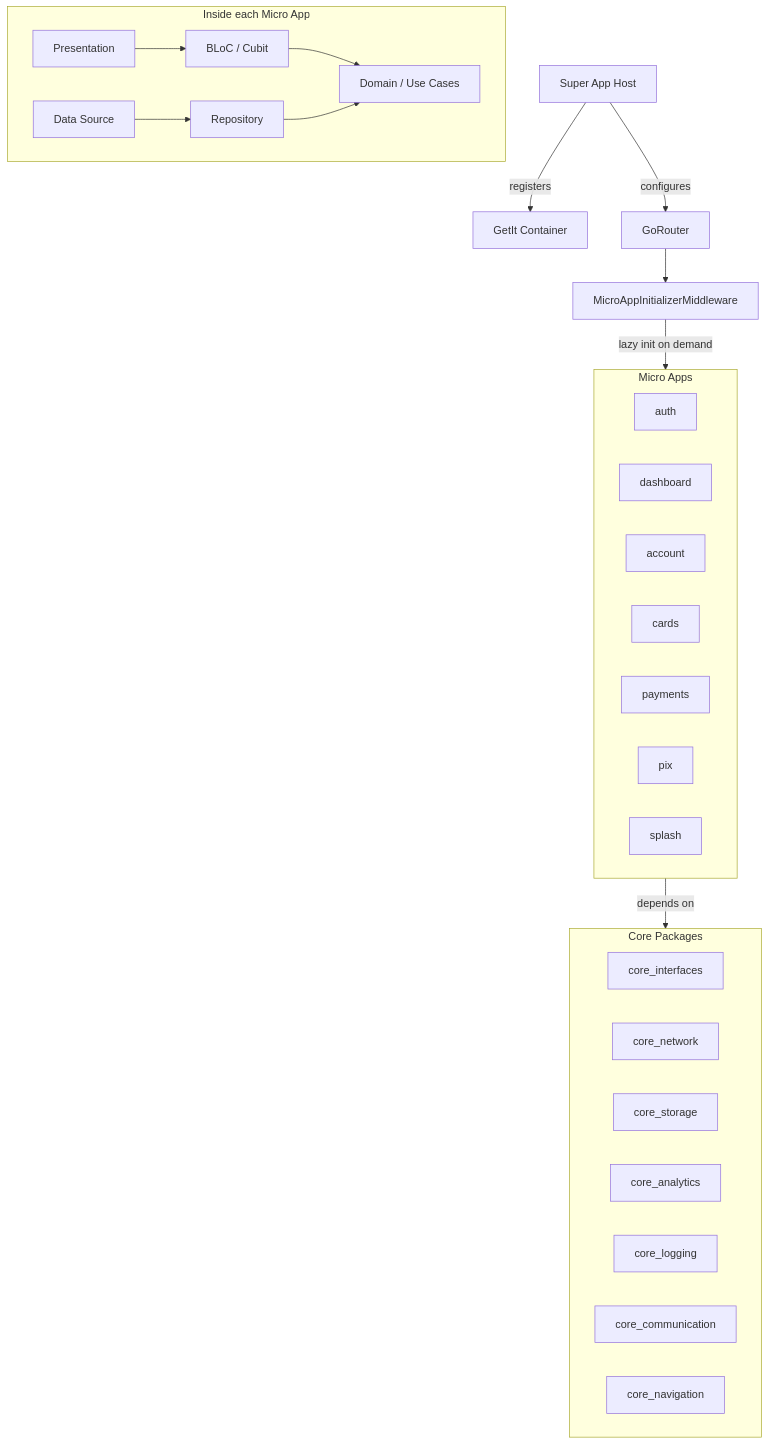
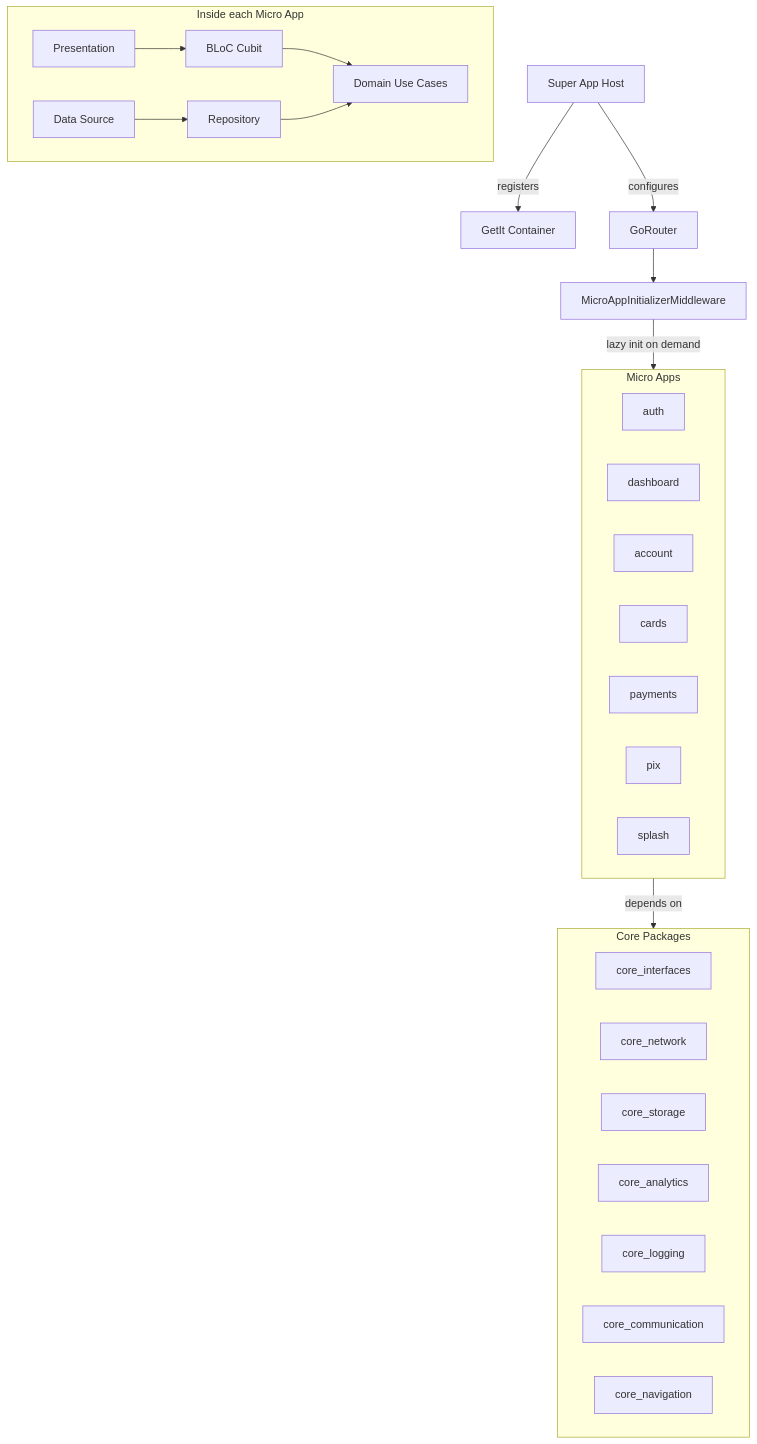
One commit to cristianoaredes/super-app-flutter-sample changed the diagram in README.md. Above: the diagram before and after it, drawn with Mermaid. The commit also changed 2 other files, not shown here.

Commit message:
Fix Mermaid parse errors on GitHub-rendered diagrams.
GitHub treats unquoted slashes in sequence notes as syntax, so
email/senha and similar labels aborted the login sequence diagram.

````diff
--- a/README.md
+++ b/README.md
@@ -76,36 +76,36 @@
 ```mermaid
 graph TD
     SuperApp[Super App Host] --> |registers| DI[GetIt Container]
     SuperApp --> |configures| Router[GoRouter]
 
     Router --> Middleware[MicroAppInitializerMiddleware]
     Middleware --> |lazy init on demand| MicroApps
 
     subgraph MicroApps[Micro Apps]
         Auth[auth]
         Dashboard[dashboard]
         Account[account]
         Cards[cards]
         Payments[payments]
         Pix[pix]
         Splash[splash]
     end
 
     subgraph "Inside each Micro App"
-        UI[Presentation] --> BLoC[BLoC / Cubit]
-        BLoC --> Domain[Domain / Use Cases]
+        UI[Presentation] --> BLoC["BLoC Cubit"]
+        BLoC --> Domain["Domain Use Cases"]
         Repo[Repository] --> Domain
         DS[Data Source] --> Repo
     end
 
     MicroApps --> |depends on| Core
     subgraph Core[Core Packages]
         CoreInterfaces[core_interfaces]
         CoreNetwork[core_network]
         CoreStorage[core_storage]
         CoreAnalytics[core_analytics]
         CoreLogging[core_logging]
         CoreComm[core_communication]
         CoreNav[core_navigation]
     end
 ```
````
